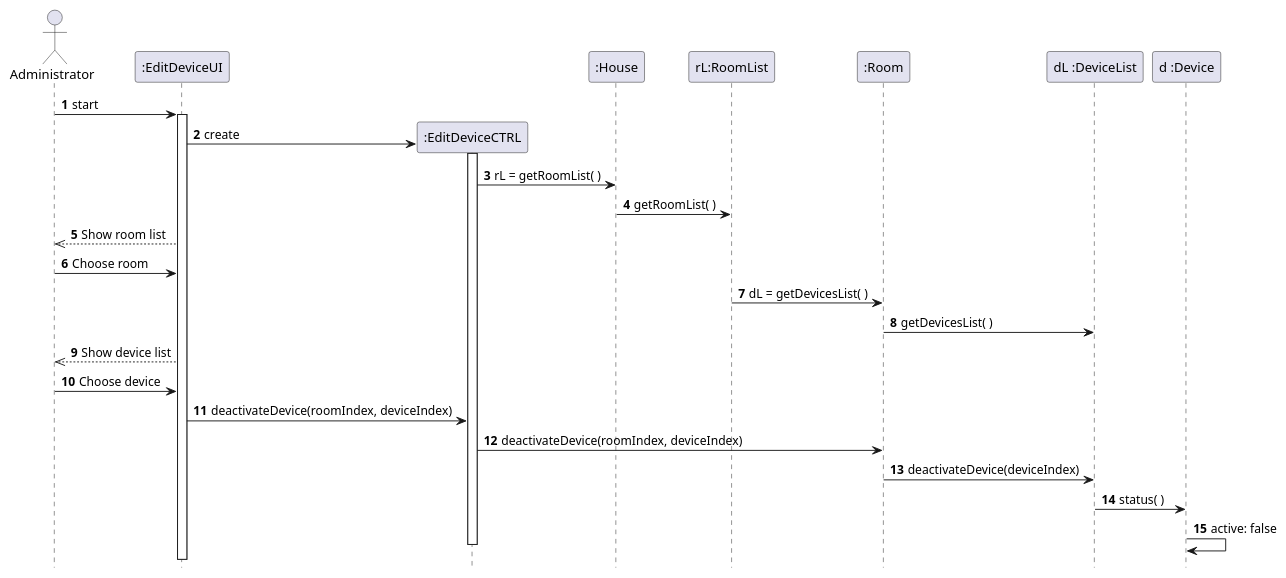
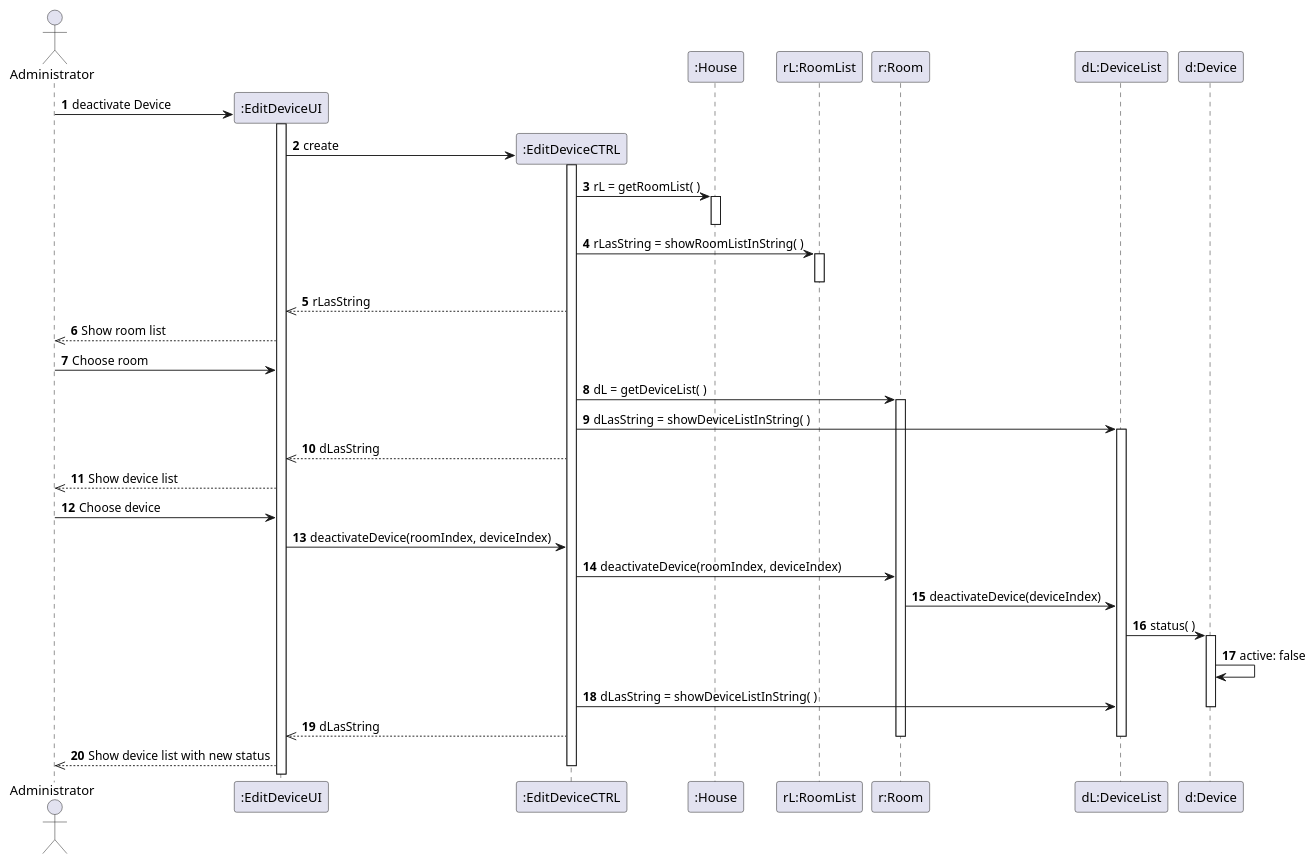
One commit to emanuel-pereira/hou changed the diagram in src/main/java/smarthome/uml/sequencediagrams/DeactivateDeviceSequence.puml. Above: the diagram before and after it, drawn with PlantUML. The commit also changed 11 other files, not shown here.

```diff
--- a/src/main/java/smarthome/uml/sequencediagrams/DeactivateDeviceSequence.puml
+++ b/src/main/java/smarthome/uml/sequencediagrams/DeactivateDeviceSequence.puml
@@ -1,41 +1,57 @@
 @startuml
 autonumber
-hidefootbox
 
 actor Administrator
-
-Administrator -> ":EditDeviceUI": start
+participant ":House" order 4
+participant "rL:RoomList" order 5
+participant "r:Room" order 6
+participant "dL:DeviceList" order 7
+participant "d:Device" order 8
+create ":EditDeviceUI"
+Administrator -> ":EditDeviceUI": deactivate Device
 
 create ":EditDeviceCTRL"
 activate ":EditDeviceUI"
 ":EditDeviceUI" -> ":EditDeviceCTRL": create
 
 activate ":EditDeviceCTRL"
+
 ":EditDeviceCTRL" -> ":House": rL = getRoomList( )
-
-":House" -> "rL:RoomList": getRoomList( )
+activate ":House"
+deactivate ":House"
+":EditDeviceCTRL" -> "rL:RoomList": rLasString = showRoomListInString( )
+activate "rL:RoomList"
+deactivate "rL:RoomList"
+":EditDeviceCTRL" -->> ":EditDeviceUI": rLasString
 
 Administrator <<-- ":EditDeviceUI": Show room list
 
 Administrator -> ":EditDeviceUI": Choose room
 
-"rL:RoomList" -> ":Room": dL = getDevicesList( )
-
-":Room" -> "dL :DeviceList": getDevicesList( )
+":EditDeviceCTRL" -> "r:Room": dL = getDeviceList( )
+activate "r:Room"
+":EditDeviceCTRL" -> "dL:DeviceList": dLasString = showDeviceListInString( )
+activate "dL:DeviceList"
+":EditDeviceCTRL" -->>  ":EditDeviceUI": dLasString
 
 Administrator <<-- ":EditDeviceUI": Show device list
 
 Administrator -> ":EditDeviceUI": Choose device
 
 ":EditDeviceUI" -> ":EditDeviceCTRL": deactivateDevice(roomIndex, deviceIndex)
 
-":EditDeviceCTRL" -> ":Room": deactivateDevice(roomIndex, deviceIndex)
+":EditDeviceCTRL" -> "r:Room": deactivateDevice(roomIndex, deviceIndex)
 
-":Room" -> "dL :DeviceList": deactivateDevice(deviceIndex)
+"r:Room" -> "dL:DeviceList": deactivateDevice(deviceIndex)
 
-"dL :DeviceList" -> "d :Device": status( )
-
-"d :Device" -> "d :Device": active: false
-
+"dL:DeviceList" -> "d:Device": status( )
+activate "d:Device"
+"d:Device" -> "d:Device": active: false
+":EditDeviceCTRL" -> "dL:DeviceList": dLasString = showDeviceListInString( )
+deactivate "d:Device"
+":EditDeviceCTRL" -->>  ":EditDeviceUI": dLasString
+deactivate "dL:DeviceList"
+deactivate "r:Room"
+Administrator <<-- ":EditDeviceUI": Show device list with new status
 deactivate ":EditDeviceCTRL"
 @enduml
```
